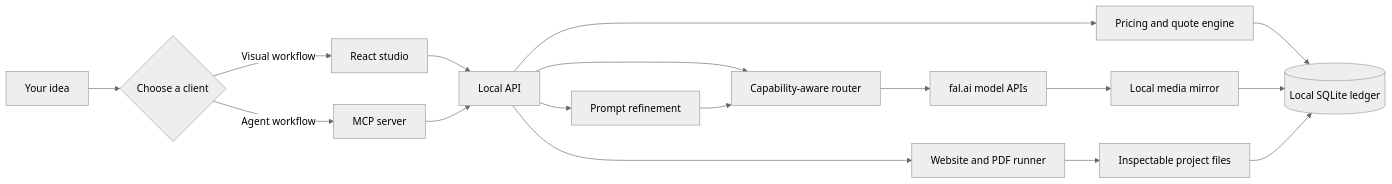
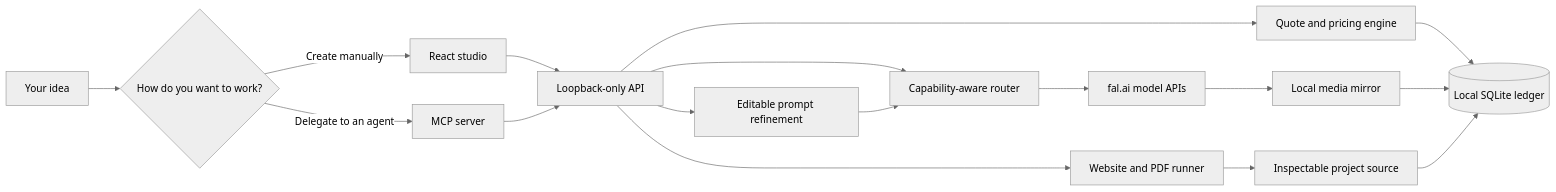
One commit to AIONEpreneur/kreativstudio changed the first of 6 diagrams in README.md. Above: the diagram before and after it, drawn with Mermaid (neutral theme). The commit also changed other lines of this file and 2 other files, not shown here.

````diff
--- a/README.md
+++ b/README.md
@@ -35,24 +120,24 @@
 ```mermaid
 flowchart LR
-    Idea["Your idea"] --> Client{"Choose a client"}
-    Client -->|Visual workflow| UI["React studio"]
-    Client -->|Agent workflow| MCP["MCP server"]
+    Idea["Your idea"] --> Client{"How do you want to work?"}
+    Client -->|Create manually| UI["React studio"]
+    Client -->|Delegate to an agent| MCP["MCP server"]
 
-    UI --> API["Local API"]
+    UI --> API["Loopback-only API"]
     MCP --> API
 
-    API --> Prompt["Prompt refinement"]
+    API --> Prompt["Editable prompt refinement"]
     API --> Router["Capability-aware router"]
-    API --> Quote["Pricing and quote engine"]
+    API --> Quote["Quote and pricing engine"]
 
     Prompt --> Router
     Router --> Fal["fal.ai model APIs"]
     Fal --> Mirror["Local media mirror"]
 
     API --> Projects["Website and PDF runner"]
-    Projects --> Archive["Inspectable project files"]
+    Projects --> Archive["Inspectable project source"]
 
     Quote --> Ledger[("Local SQLite ledger")]
     Mirror --> Ledger
     Archive --> Ledger
 ```
````
